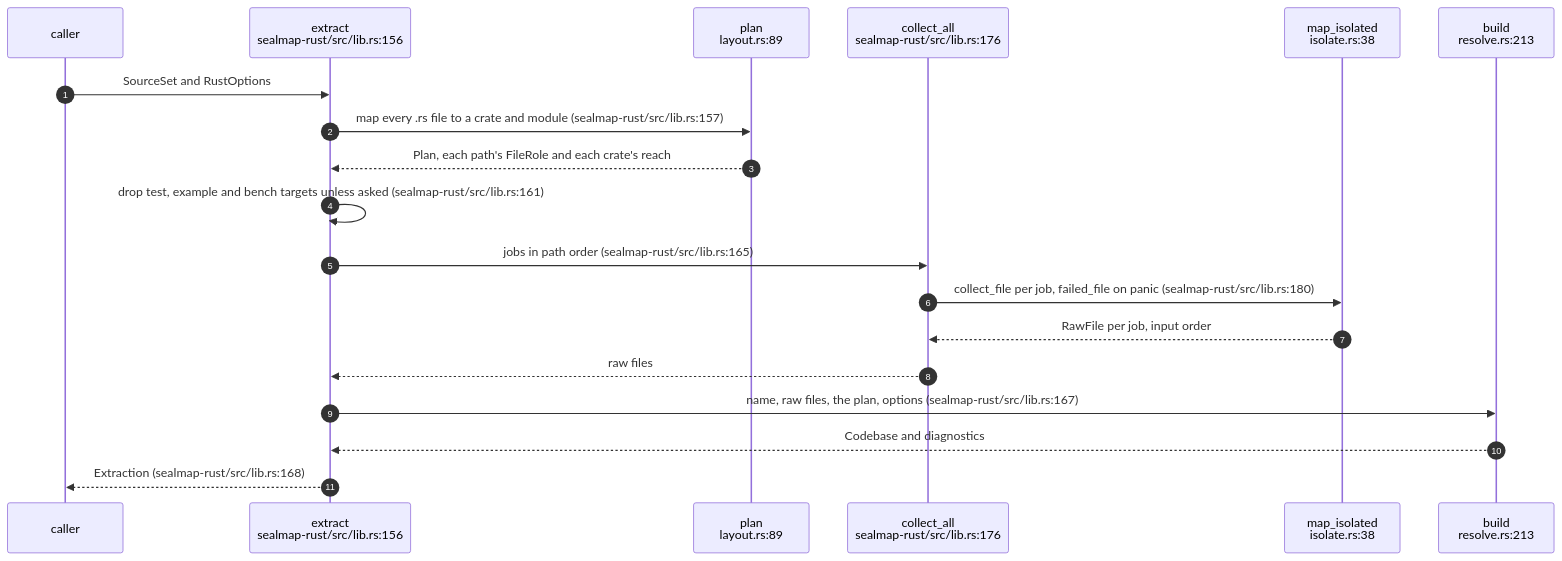
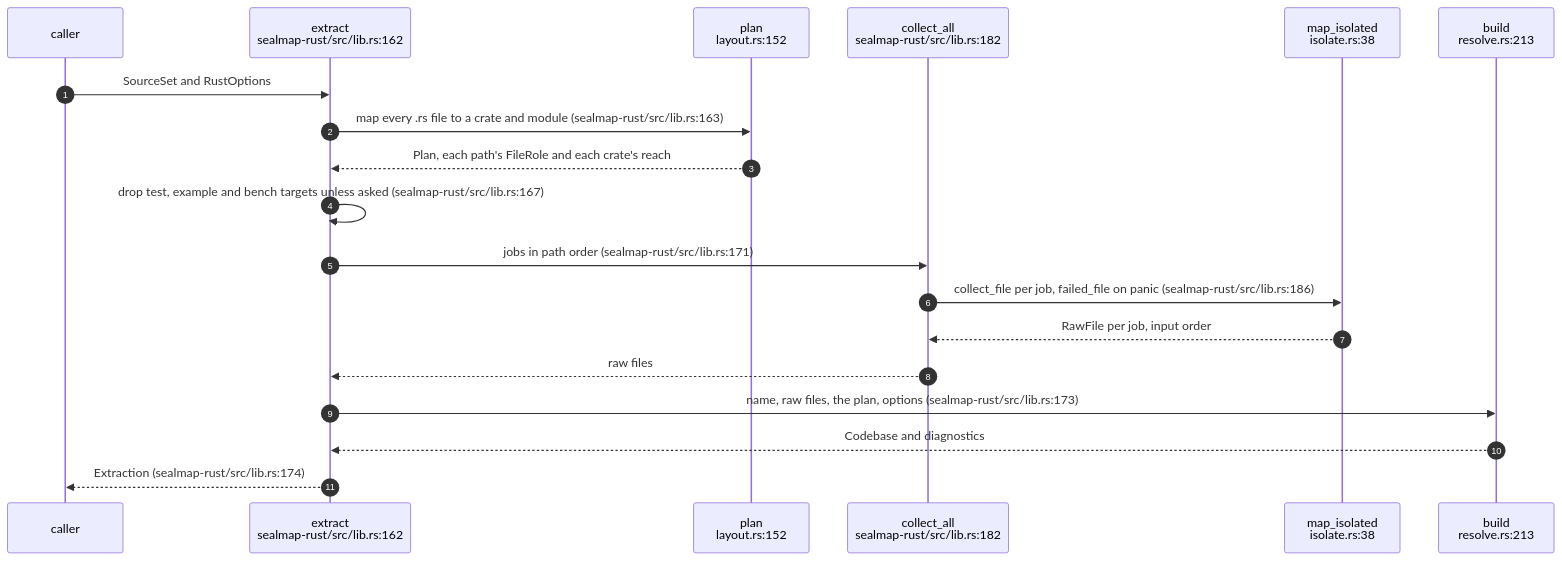
The first of 5 diagrams in docs/diagrams/extract/01-the-adapter-pipeline.md (DreamLab-AI/codemaid), drawn with Mermaid before and after one commit. The commit also changed other lines of this file and 21 other files, not shown here.

````diff
--- a/docs/diagrams/extract/01-the-adapter-pipeline.md
+++ b/docs/diagrams/extract/01-the-adapter-pipeline.md
@@ -54,21 +54,21 @@
 ```mermaid
 sequenceDiagram
     autonumber
     participant CL as caller
-    participant EX as extract<br/>sealmap-rust/src/lib.rs:156
-    participant LY as plan<br/>layout.rs:89
-    participant CA as collect_all<br/>sealmap-rust/src/lib.rs:176
+    participant EX as extract<br/>sealmap-rust/src/lib.rs:162
+    participant LY as plan<br/>layout.rs:152
+    participant CA as collect_all<br/>sealmap-rust/src/lib.rs:182
     participant MI as map_isolated<br/>isolate.rs:38
     participant RB as build<br/>resolve.rs:213
     CL->>EX: SourceSet and RustOptions
-    EX->>LY: map every .rs file to a crate and module (sealmap-rust/src/lib.rs:157)
+    EX->>LY: map every .rs file to a crate and module (sealmap-rust/src/lib.rs:163)
     LY-->>EX: Plan, each path's FileRole and each crate's reach
-    EX->>EX: drop test, example and bench targets unless asked (sealmap-rust/src/lib.rs:161)
-    EX->>CA: jobs in path order (sealmap-rust/src/lib.rs:165)
-    CA->>MI: collect_file per job, failed_file on panic (sealmap-rust/src/lib.rs:180)
+    EX->>EX: drop test, example and bench targets unless asked (sealmap-rust/src/lib.rs:167)
+    EX->>CA: jobs in path order (sealmap-rust/src/lib.rs:171)
+    CA->>MI: collect_file per job, failed_file on panic (sealmap-rust/src/lib.rs:186)
     MI-->>CA: RawFile per job, input order
     CA-->>EX: raw files
-    EX->>RB: name, raw files, the plan, options (sealmap-rust/src/lib.rs:167)
+    EX->>RB: name, raw files, the plan, options (sealmap-rust/src/lib.rs:173)
     RB-->>EX: Codebase and diagnostics
-    EX-->>CL: Extraction (sealmap-rust/src/lib.rs:168)
+    EX-->>CL: Extraction (sealmap-rust/src/lib.rs:174)
 ```
````
